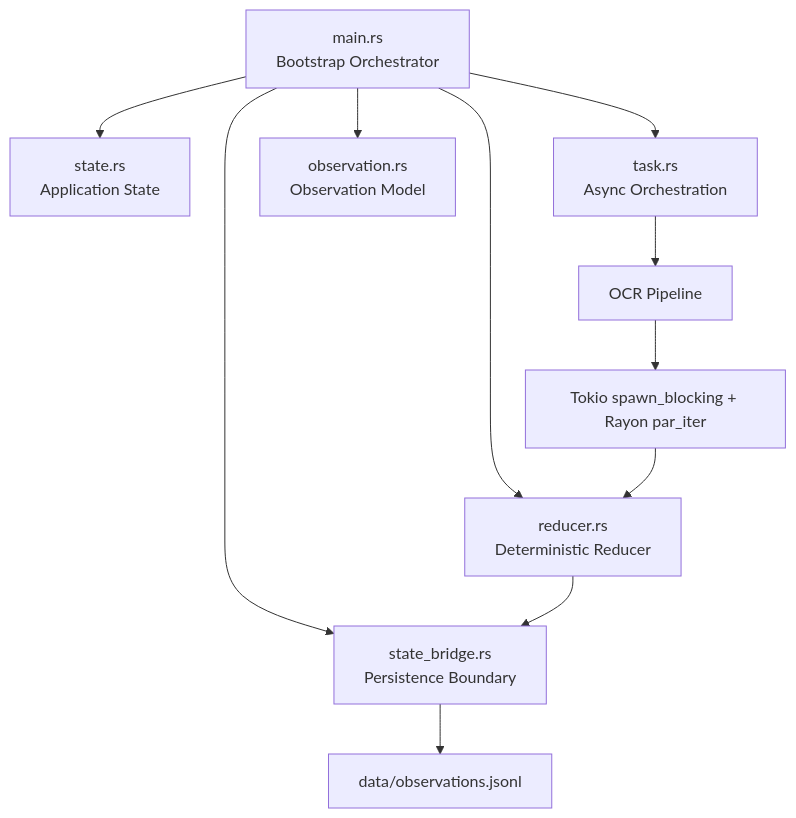
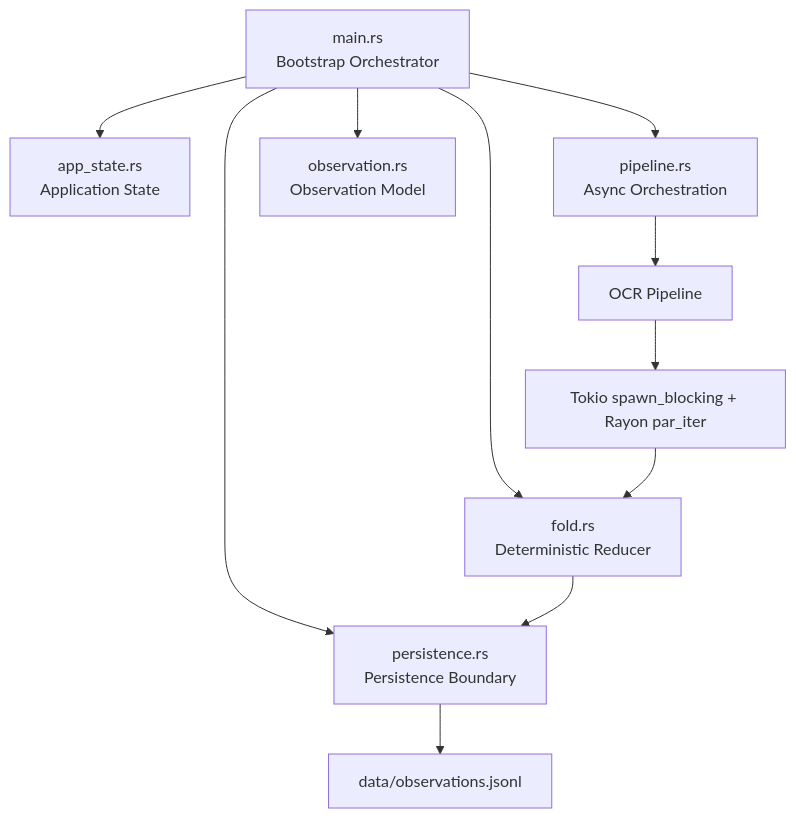
One commit to seismind/Optimo changed the first of 2 diagrams in README.md. Above: the diagram before and after it, drawn with Mermaid. The commit also changed other lines of this file and 4 other files, not shown here.

Commit message:
docs: align mermaid and architecture docs with current module map

````diff
--- a/README.md
+++ b/README.md
@@ -11,18 +11,18 @@
 ```mermaid
 flowchart TD
 
 A[main.rs<br>Bootstrap Orchestrator]
 
-A --> B[state.rs<br>Application State]
-A --> C[task.rs<br>Async Orchestration]
-A --> D[reducer.rs<br>Deterministic Reducer]
+A --> B[app_state.rs<br>Application State]
+A --> C[pipeline.rs<br>Async Orchestration]
+A --> D[fold.rs<br>Deterministic Reducer]
 A --> E[observation.rs<br>Observation Model]
-A --> F[state_bridge.rs<br>Persistence Boundary]
+A --> F[persistence.rs<br>Persistence Boundary]
 
 C --> G[OCR Pipeline]
 G --> H[Tokio spawn_blocking + Rayon par_iter]
 H --> D
 
 D --> F
 F --> I[data/observations.jsonl]
 ```
````
